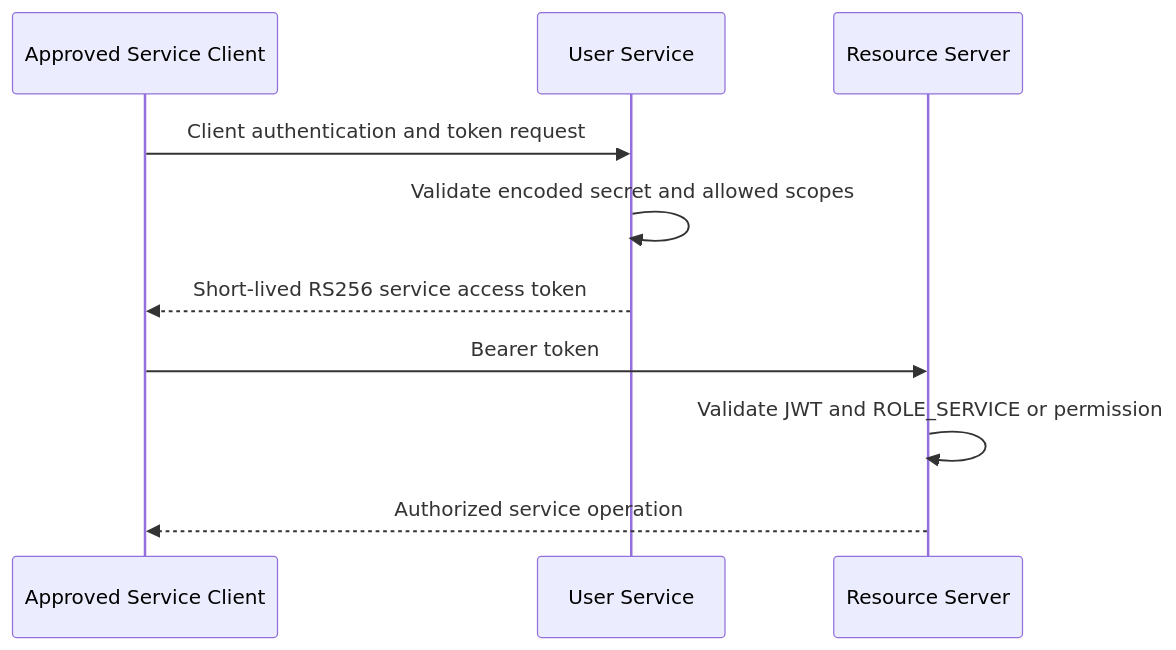
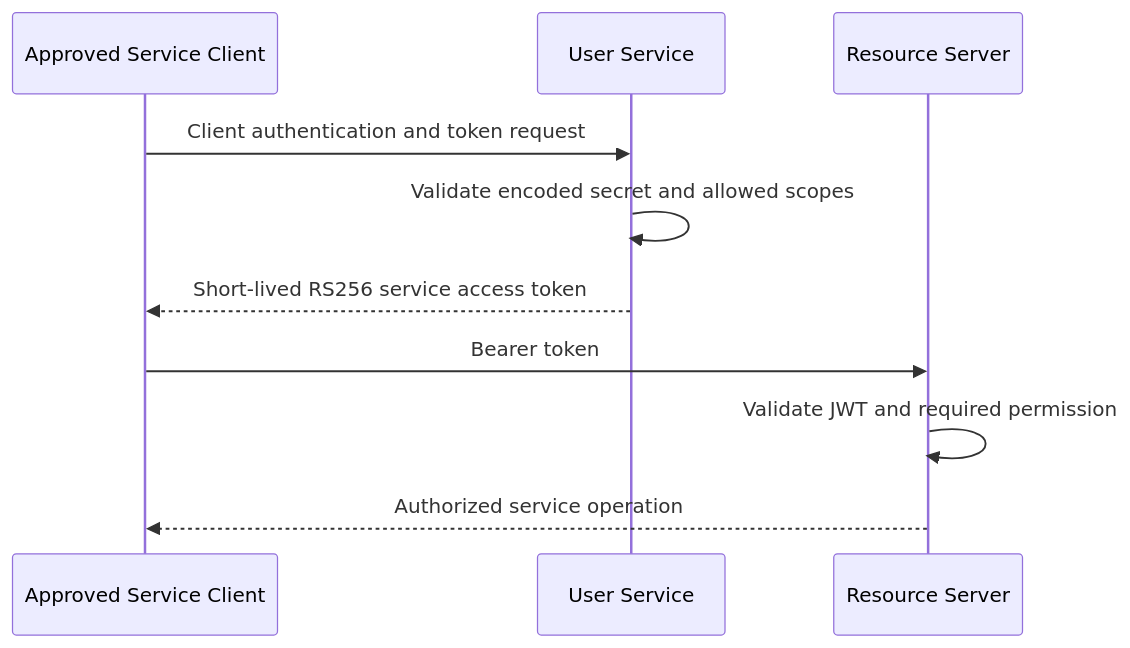
One commit to HuyKunNe/cinema-system changed diagram 15 of 17 in docs/13_SEQUENCE_DIAGRAMS.md. Above: the diagram before and after it, drawn with Mermaid. The commit also changed 3 other files, not shown here.

````diff
--- a/docs/13_SEQUENCE_DIAGRAMS.md
+++ b/docs/13_SEQUENCE_DIAGRAMS.md
@@ -440,13 +440,13 @@
 ```mermaid
 sequenceDiagram
     participant ServiceClient as Approved Service Client
     participant Auth as User Service
     participant API as Resource Server
 
     ServiceClient->>Auth: Client authentication and token request
     Auth->>Auth: Validate encoded secret and allowed scopes
     Auth-->>ServiceClient: Short-lived RS256 service access token
     ServiceClient->>API: Bearer token
-    API->>API: Validate JWT and ROLE_SERVICE or permission
+    API->>API: Validate JWT and required permission
     API-->>ServiceClient: Authorized service operation
 ```
````
